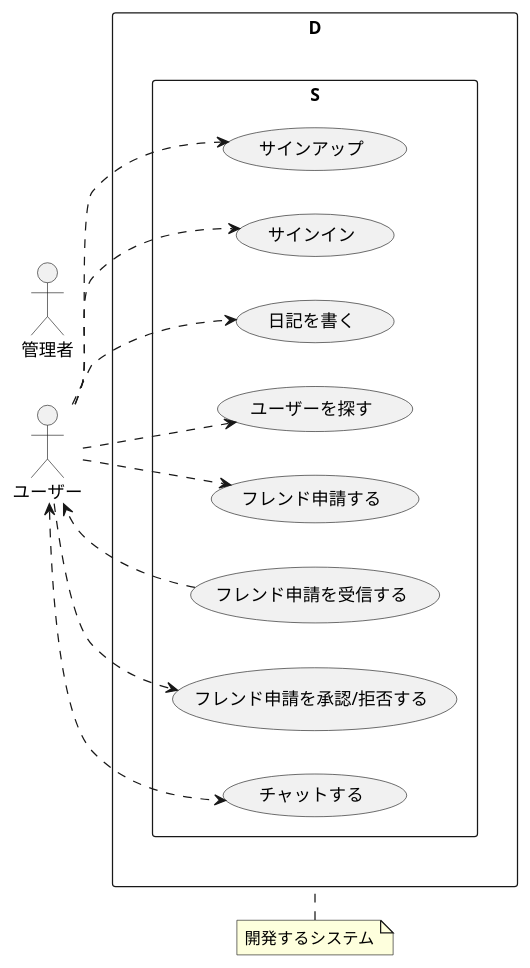
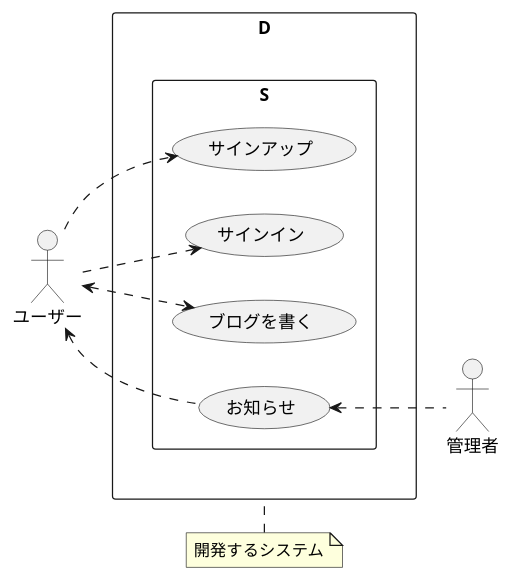
One commit to sstinc001/laravel-ddd-app changed the diagram in document/ユースケース.puml. Above: the diagram before and after it, drawn with PlantUML. The commit also changed 2 other files, not shown here.

```diff
--- a/document/ユースケース.puml
+++ b/document/ユースケース.puml
@@ -1,36 +1,39 @@
 @startuml
 'https://plantuml.com/use-case-diagram
 left to right direction
 
 rectangle D as Develop {
     rectangle S as System {
         (サインアップ) as SignUp
         (サインイン) as SignIn
-        (日記を書く) as Diary
-        (ユーザーを探す) as Search
-        (フレンド申請する) as Entry
-        (フレンド申請を受信する) as Receive
-        (フレンド申請を承認/拒否する) as Decide
-        (チャットする) as Chat
+        (ブログを書く) as Blog
+'        (ユーザーを探す) as Search
+'        (フレンド申請する) as Entry
+'        (フレンド申請を受信する) as Receive
+'        (フレンド申請を承認/拒否する) as Decide
+'        (チャットする) as Chat
 '        ((Admin)とチャットする)
+        (お知らせ) as Information
     }
 }
 
 :管理者: as Admin
 :ユーザー: as User
 
 'Admin ..> System
 User ..> SignUp
 User ..> SignIn
-User ..> Diary
-User ..> Search
-User ..> Entry
-Receive ..> User
-User ..> Decide
-User <..> Chat
+'User ..> Search
+'User ..> Entry
+'Receive ..> User
+'User ..> Decide
+'User <..> Chat
+User <..> Blog
+Information <.. Admin
+User <.. Information
 
 note top of Develop
     開発するシステム
 end note
 
 @enduml
```
